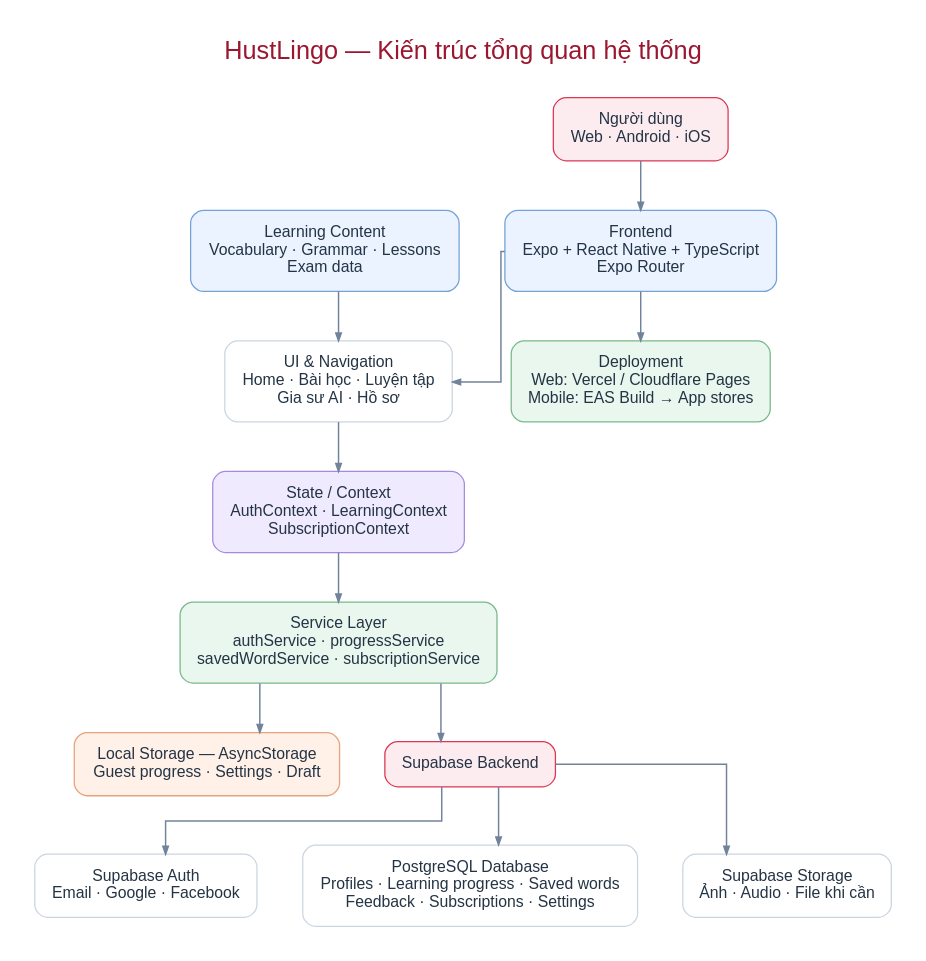
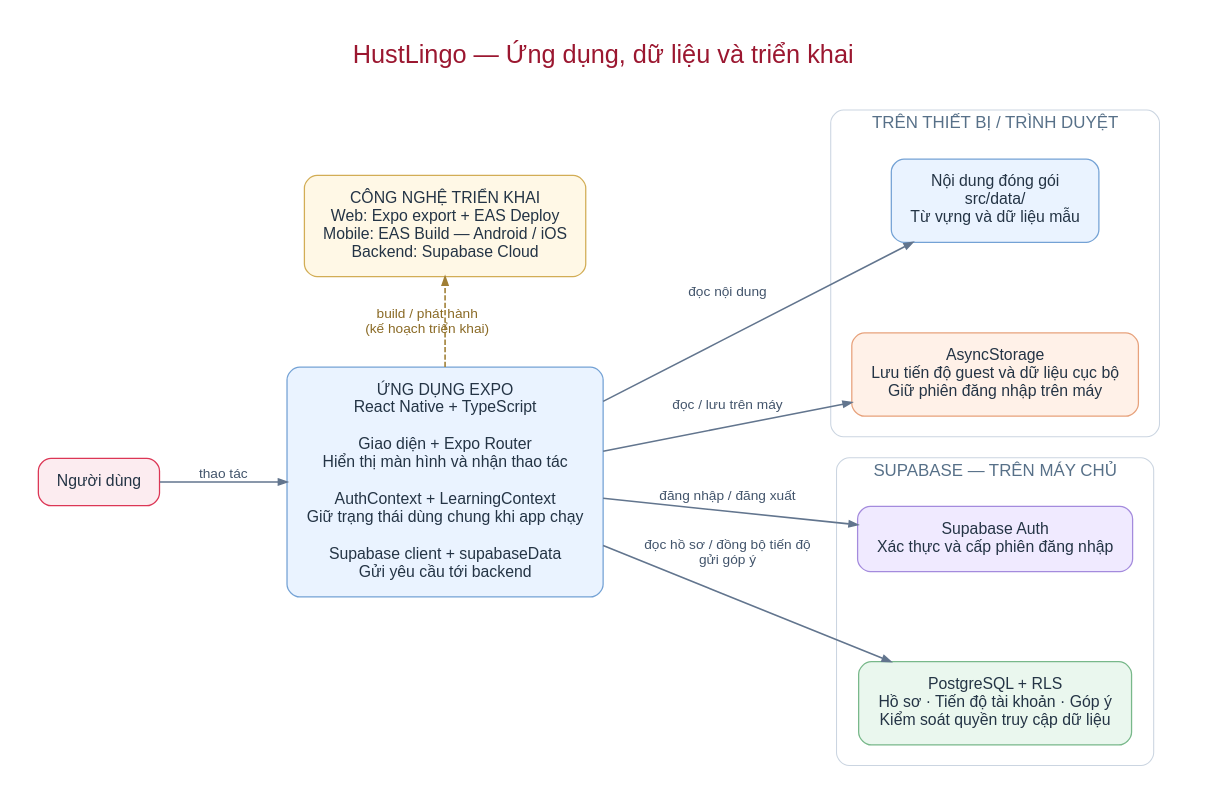
Before and after one commit to Hai2310/HustLingo: the diagram in docs/architecture/01-system-overview.dot, drawn with Graphviz. The commit also changed 15 other files, not shown here.

```diff
--- a/docs/architecture/01-system-overview.dot
+++ b/docs/architecture/01-system-overview.dot
@@ -1,38 +1,41 @@
 digraph SystemOverview {
-  graph [rankdir=TB, bgcolor="white", pad="0.35", nodesep="0.6", ranksep="0.65", splines=ortho,
+  graph [rankdir=LR, newrank=true, bgcolor="white", pad="0.4", nodesep="0.6", ranksep="1.0", splines=polyline,
          fontname="Arial", fontsize=24, fontcolor="#9b1730", labelloc=t,
-         label="HustLingo — Kiến trúc tổng quan hệ thống\n "];
+         label="HustLingo — Ứng dụng, dữ liệu và triển khai\n "];
   node [shape=box, style="rounded,filled", fontname="Arial", fontsize=15,
-        margin="0.22,0.18", color="#cbd5e1", fillcolor="#ffffff", fontcolor="#243445", penwidth=1.2];
-  edge [color="#71839b", penwidth=1.4, arrowsize=0.75];
+        margin="0.25,0.2", color="#cbd5e1", fillcolor="#ffffff", fontcolor="#243445", penwidth=1.2];
+  edge [color="#62758e", penwidth=1.5, arrowsize=0.8, fontname="Arial", fontsize=13, fontcolor="#42546b"];
 
-  user [label="Người dùng\nWeb · Android · iOS", fillcolor="#fcecf0", color="#dc3655"];
-  frontend [label="Frontend\nExpo + React Native + TypeScript\nExpo Router", fillcolor="#eaf3ff", color="#74a2d5"];
-  ui [label="UI & Navigation\nHome · Bài học · Luyện tập\nGia sư AI · Hồ sơ"];
-  state [label="State / Context\nAuthContext · LearningContext\nSubscriptionContext", fillcolor="#f0eaff", color="#a48bdd"];
-  services [label="Service Layer\nauthService · progressService\nsavedWordService · subscriptionService", fillcolor="#eaf7ee", color="#78b88a"];
-  content [label="Learning Content\nVocabulary · Grammar · Lessons\nExam data", fillcolor="#eaf3ff", color="#74a2d5"];
-  deploy [label="Deployment\nWeb: Vercel / Cloudflare Pages\nMobile: EAS Build → App stores", fillcolor="#eaf7ee", color="#78b88a"];
-  local [label="Local Storage — AsyncStorage\nGuest progress · Settings · Draft", fillcolor="#fff1e8", color="#e7a27c"];
-  backend [label="Supabase Backend", fillcolor="#fcecf0", color="#dc3655"];
-  auth [label="Supabase Auth\nEmail · Google · Facebook"];
-  db [label="PostgreSQL Database\nProfiles · Learning progress · Saved words\nFeedback · Subscriptions · Settings"];
-  storage [label="Supabase Storage\nẢnh · Audio · File khi cần"];
+  user [label="Người dùng", fillcolor="#fcecf0", color="#dc3655"];
+  app [label="ỨNG DỤNG EXPO\nReact Native + TypeScript\n\nGiao diện + Expo Router\nHiển thị màn hình và nhận thao tác\n\nAuthContext + LearningContext\nGiữ trạng thái dùng chung khi app chạy\n\nSupabase client + supabaseData\nGửi yêu cầu tới backend",
+       fillcolor="#eaf3ff", color="#74a2d5"];
+  deploy [label="CÔNG NGHỆ TRIỂN KHAI\nWeb: Expo export + EAS Deploy\nMobile: EAS Build — Android / iOS\nBackend: Supabase Cloud",
+          fillcolor="#fff8e6", color="#d2ad55"];
 
-  user -> frontend;
-  frontend -> ui;
-  ui -> state;
-  state -> services;
-  content -> ui;
-  frontend -> deploy;
-  services -> local;
-  services -> backend;
-  backend -> auth;
-  backend -> db;
-  backend -> storage;
+  subgraph cluster_local {
+    label="TRÊN THIẾT BỊ / TRÌNH DUYỆT";
+    fontname="Arial"; fontsize=16; fontcolor="#577088";
+    style="rounded"; color="#cbd5e1"; margin=20;
+    content [label="Nội dung đóng gói\nsrc/data/\nTừ vựng và dữ liệu mẫu", fillcolor="#eaf3ff", color="#74a2d5"];
+    local [label="AsyncStorage\nLưu tiến độ guest và dữ liệu cục bộ\nGiữ phiên đăng nhập trên máy", fillcolor="#fff1e8", color="#e7a27c"];
+  }
 
-  { rank=same; content; frontend; }
-  { rank=same; ui; deploy; }
-  { rank=same; local; backend; }
-  { rank=same; auth; db; storage; }
+  subgraph cluster_cloud {
+    label="SUPABASE — TRÊN MÁY CHỦ";
+    fontname="Arial"; fontsize=16; fontcolor="#577088";
+    style="rounded"; color="#cbd5e1"; margin=20;
+    auth [label="Supabase Auth\nXác thực và cấp phiên đăng nhập", fillcolor="#f0eaff", color="#a48bdd"];
+    db [label="PostgreSQL + RLS\nHồ sơ · Tiến độ tài khoản · Góp ý\nKiểm soát quyền truy cập dữ liệu", fillcolor="#eaf7ee", color="#78b88a"];
+  }
+
+  user -> app [label="thao tác"];
+  app -> content [label="đọc nội dung"];
+  app -> local [label="đọc / lưu trên máy"];
+  app -> auth [label="đăng nhập / đăng xuất"];
+  app -> db [label="đọc hồ sơ / đồng bộ tiến độ\ngửi góp ý"];
+  app -> deploy [label="build / phát hành\n(kế hoạch triển khai)", style=dashed, color="#a07f35", fontcolor="#8a6a25", constraint=false];
+
+  { rank=same; app; deploy; }
+  { rank=same; content; local; auth; db; }
+  content -> local -> auth -> db [style=invis, weight=20];
 }
```
